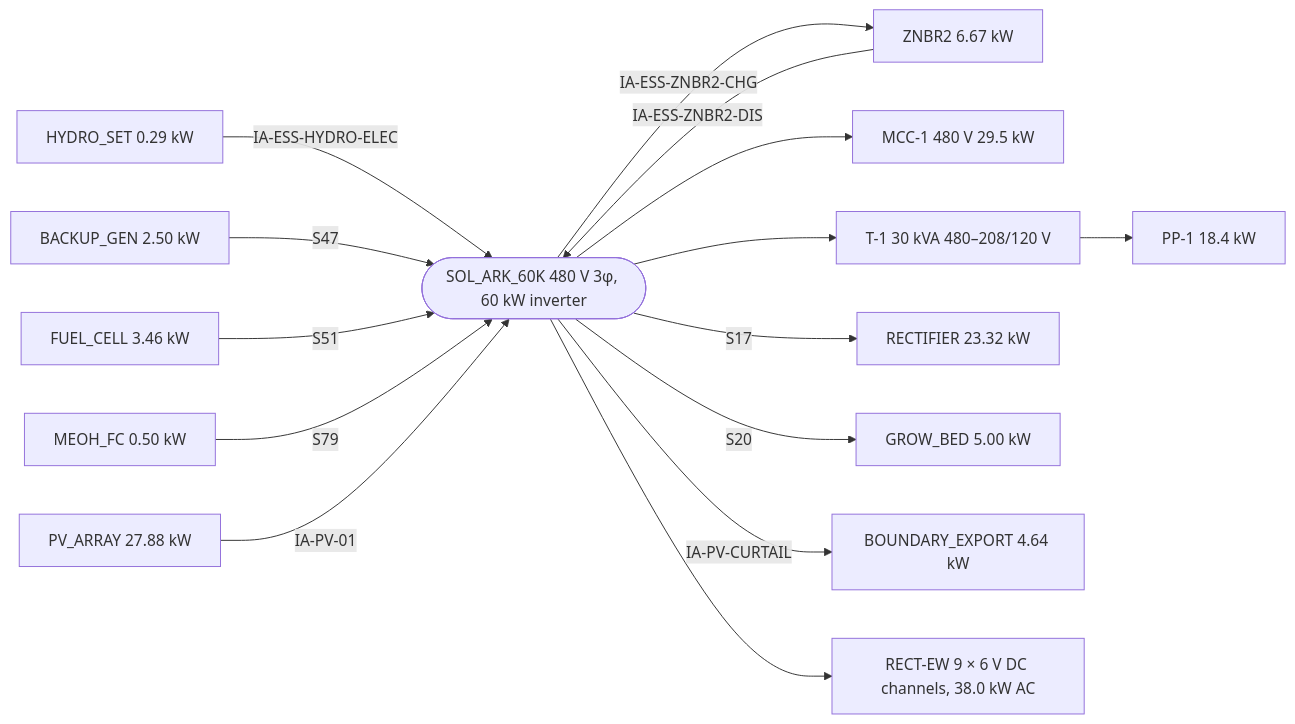
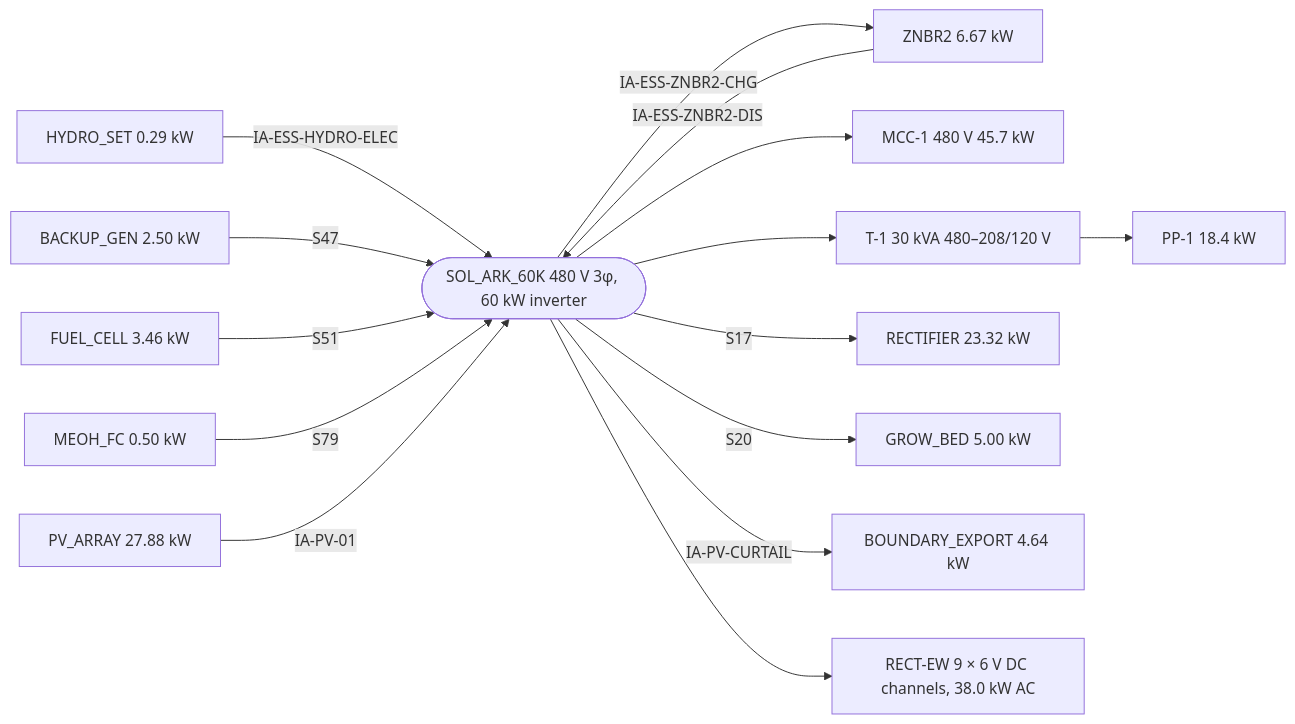
One commit to egofree/Aqueous_Solutions changed the diagram in docs-authority/ONE_LINE.md. Above: the diagram before and after it, drawn with Mermaid. The commit also changed other lines of this file and 15 other files, not shown here.

````diff
--- a/docs-authority/ONE_LINE.md
+++ b/docs-authority/ONE_LINE.md
@@ -13,18 +13,18 @@
 ```mermaid
 flowchart LR
 
   HYDRO_SET["HYDRO_SET 0.29 kW"] -->|IA-ESS-HYDRO-ELEC| BUS
   ZNBR2["ZNBR2 5.00 kW"] -->|IA-ESS-ZNBR2-DIS| BUS
   BACKUP_GEN["BACKUP_GEN 2.50 kW"] -->|S47| BUS
   FUEL_CELL["FUEL_CELL 3.46 kW"] -->|S51| BUS
   MEOH_FC["MEOH_FC 0.50 kW"] -->|S79| BUS
   PV_ARRAY["PV_ARRAY 27.88 kW"] -->|IA-PV-01| BUS
   BUS(["SOL_ARK_60K 480 V 3φ, 60 kW inverter"])
-  BUS --> MCC["MCC-1 480 V 29.5 kW"]
+  BUS --> MCC["MCC-1 480 V 45.7 kW"]
   BUS --> XF["T-1 30 kVA 480–208/120 V"] --> PP["PP-1 18.4 kW"]
   BUS -->|IA-ESS-ZNBR2-CHG| ZNBR2["ZNBR2 6.67 kW"]
   BUS -->|S17| RECTIFIER["RECTIFIER 23.32 kW"]
   BUS -->|S20| GROW_BED["GROW_BED 5.00 kW"]
   BUS -->|IA-PV-CURTAIL| BOUNDARY_EXPORT["BOUNDARY_EXPORT 4.64 kW"]
   BUS --> RECTEW["RECT-EW 9 × 6 V DC channels, 38.0 kW AC"]
 ```
````
